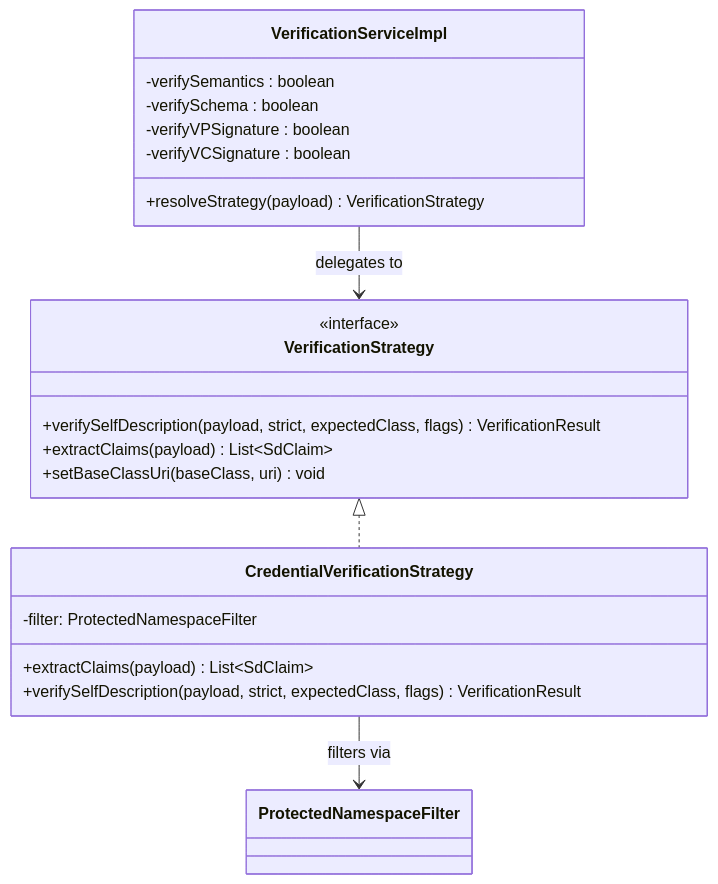
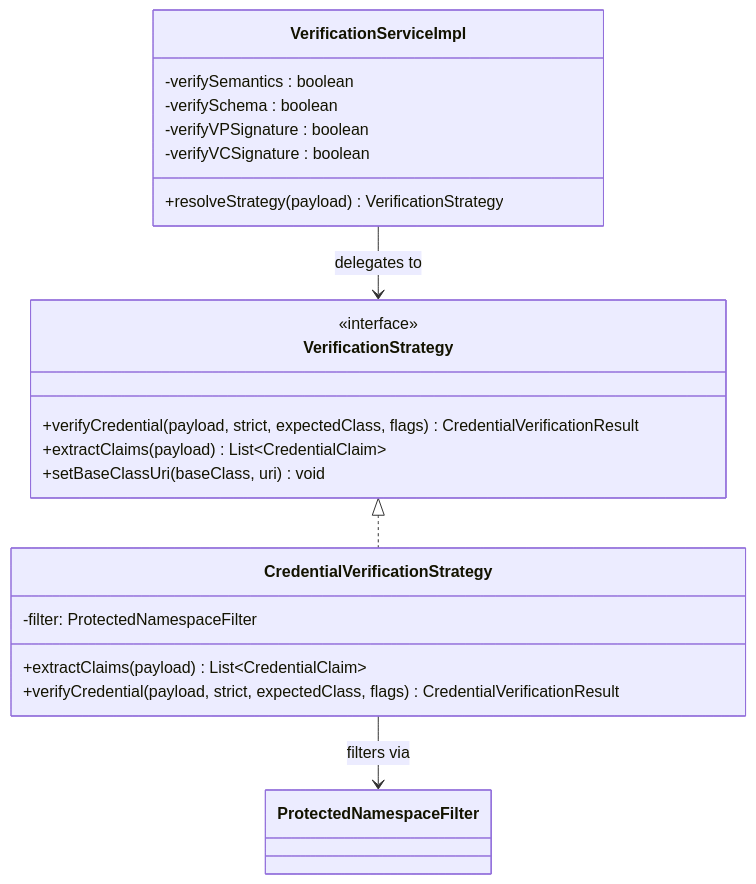
Before and after one commit to federated-catalogue-enhancements-2026/docs: the second of 10 diagrams in federated-catalogue/src/docs/architecture/chapters/05_building_block_view.adoc, drawn with Mermaid. The commit also changed other lines of this file and 11 other files, not shown here.

```diff
--- a/federated-catalogue/src/docs/architecture/chapters/05_building_block_view.adoc
+++ b/federated-catalogue/src/docs/architecture/chapters/05_building_block_view.adoc
@@ -265,25 +265,25 @@
 [mermaid, width=2000]
 ....
 classDiagram
     class VerificationServiceImpl {
         -verifySemantics : boolean
         -verifySchema : boolean
         -verifyVPSignature : boolean
         -verifyVCSignature : boolean
         +resolveStrategy(payload) VerificationStrategy
     }
     class VerificationStrategy {
         <<interface>>
-        +verifySelfDescription(payload, strict, expectedClass, flags) VerificationResult
-        +extractClaims(payload) List~SdClaim~
+        +verifyCredential(payload, strict, expectedClass, flags) CredentialVerificationResult
+        +extractClaims(payload) List~CredentialClaim~
         +setBaseClassUri(baseClass, uri) void
     }
     class CredentialVerificationStrategy {
         -filter: ProtectedNamespaceFilter
-        +extractClaims(payload) List~SdClaim~
-        +verifySelfDescription(payload, strict, expectedClass, flags) VerificationResult
+        +extractClaims(payload) List~CredentialClaim~
+        +verifyCredential(payload, strict, expectedClass, flags) CredentialVerificationResult
     }
     VerificationServiceImpl --> VerificationStrategy : delegates to
     VerificationStrategy <|.. CredentialVerificationStrategy
     CredentialVerificationStrategy --> ProtectedNamespaceFilter : filters via
 ....
```
